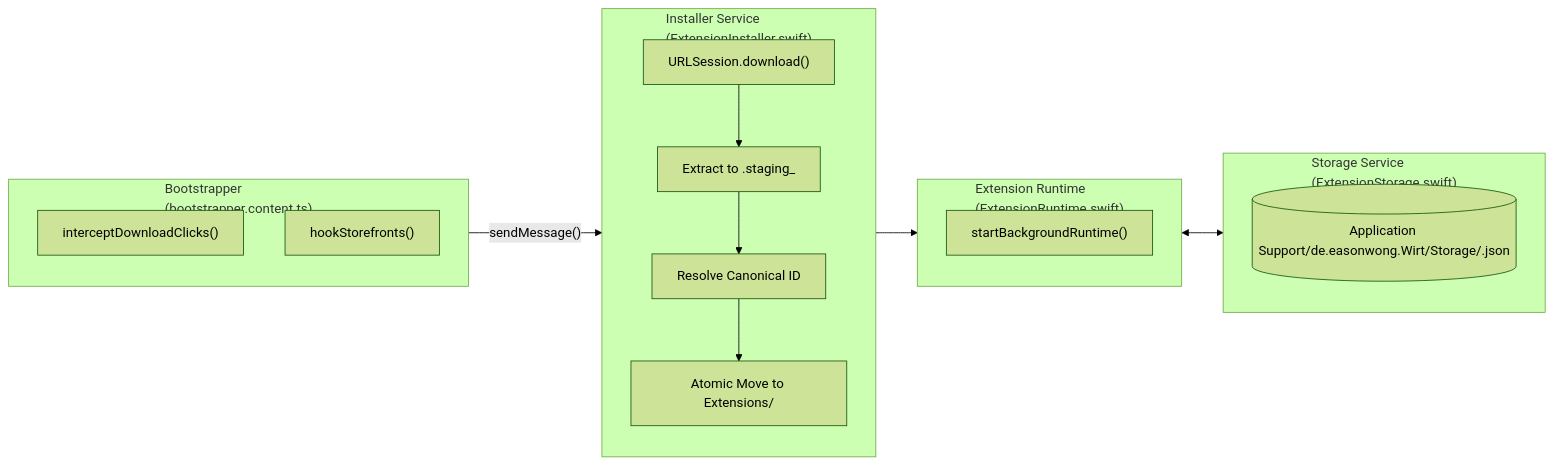
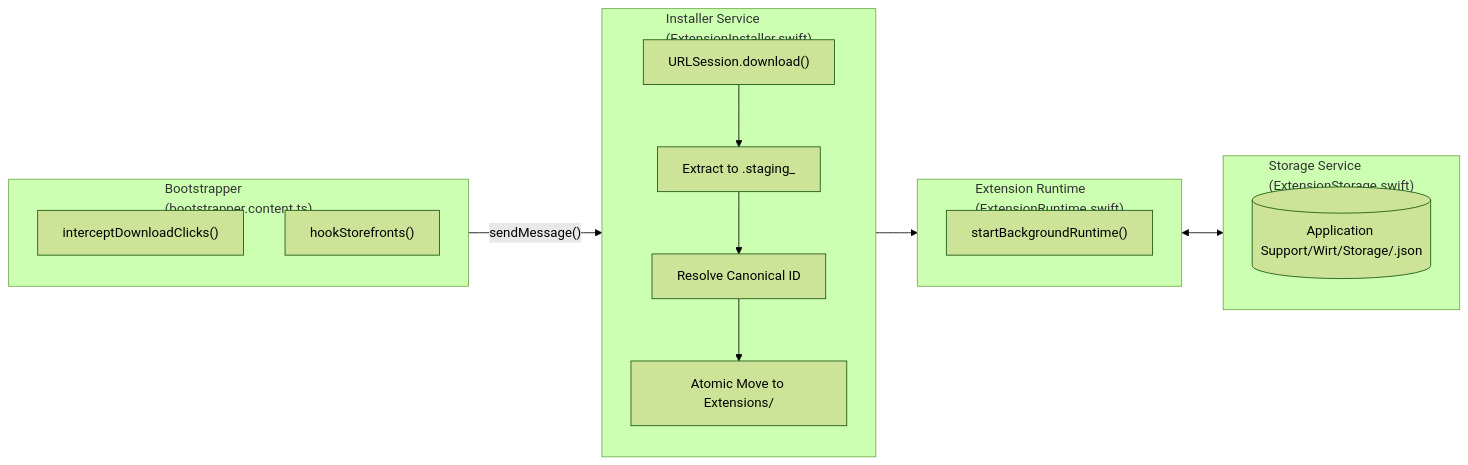
Before and after one commit to easonwong-de/Wirt: the seventh of 7 diagrams in docs/architecture.md, drawn with Mermaid (forest theme). The commit also changed other lines of this file and 6 other files, not shown here.

Commit message:
refactor: update storage path to Wirt and rename ExtensionHandler

````diff
--- a/docs/architecture.md
+++ b/docs/architecture.md
@@ -262,33 +256,33 @@
 ```mermaid
 flowchart LR
     subgraph Trigger["Bootstrapper<br/>(bootstrapper.content.ts)"]
         direction TB
         Link["interceptDownloadClicks()"]
         Store["hookStorefronts()"]
     end
 
     subgraph Package["Installer Service<br/>(ExtensionInstaller.swift)"]
         direction TB
         Download["URLSession.download()"]
         Stage["Extract to .staging_<uuid>"]
         Resolve["Resolve Canonical ID"]
         Commit["Atomic Move to Extensions/<id>"]
         Download --> Stage
         Stage --> Resolve
         Resolve --> Commit
     end
 
     subgraph StorageEngine["Storage Service<br/>(ExtensionStorage.swift)"]
         direction TB
-        JSONStore[("Application Support/de.easonwong.Wirt/Storage/<id>.json")]
+        JSONStore[("Application Support/Wirt/Storage/<id>.json")]
     end
 
     subgraph Supervisor["Extension Runtime<br/>(ExtensionRuntime.swift)"]
         direction TB
         Start["startBackgroundRuntime()"]
     end
 
     Trigger -->|"sendMessage()"| Package
     Package --> Supervisor
     Supervisor <--> StorageEngine
 ```
````
